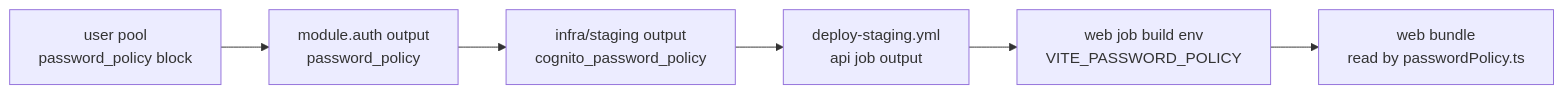
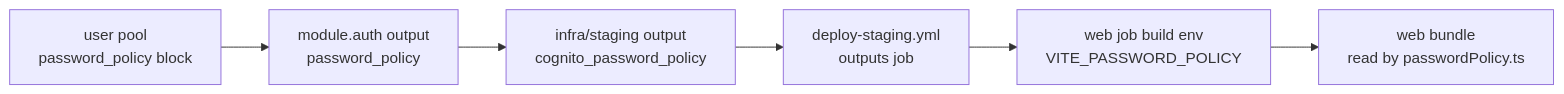
The third of 4 diagrams in docs/architecture/infrastructure.md (AbnerWillclefy/Homeowner), drawn with Mermaid before and after one commit. The commit also changed other lines of this file and 6 other files, not shown here.

````diff
--- a/docs/architecture/infrastructure.md
+++ b/docs/architecture/infrastructure.md
@@ -120,8 +120,8 @@
   ```mermaid
   flowchart LR
       pool["user pool<br/>password_policy block"] --> mod["module.auth output<br/>password_policy"]
       mod --> stg["infra/staging output<br/>cognito_password_policy"]
-      stg --> api["deploy-staging.yml<br/>api job output"]
+      stg --> api["deploy-staging.yml<br/>outputs job"]
       api --> env["web job build env<br/>VITE_PASSWORD_POLICY"]
       env --> bundle["web bundle<br/>read by passwordPolicy.ts"]
   ```
````
